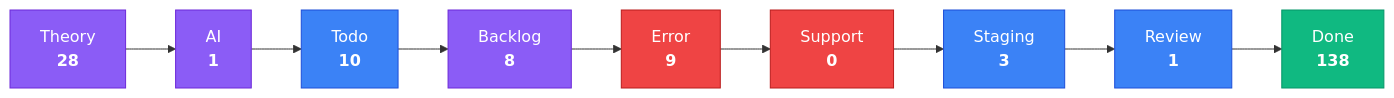
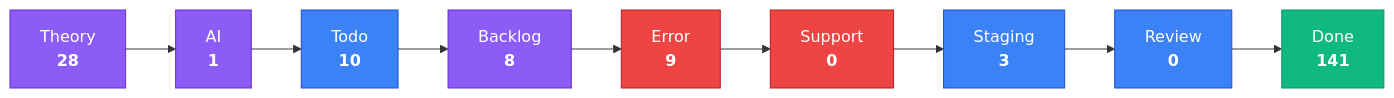
The third of 4 diagrams in apps/kbve/astro-kbve/src/content/docs/dashboard/kanban-data.mdx (KBVE/kbve), drawn with Mermaid before and after one commit. The commit also changed other lines of this file and 7 other files, not shown here.

````diff
--- a/apps/kbve/astro-kbve/src/content/docs/dashboard/kanban-data.mdx
+++ b/apps/kbve/astro-kbve/src/content/docs/dashboard/kanban-data.mdx
@@ -80,28 +79,28 @@
 ```mermaid
 flowchart LR
     classDef planning fill:#8b5cf6,stroke:#6d28d9,color:#fff
     classDef active fill:#3b82f6,stroke:#1d4ed8,color:#fff
     classDef blocked fill:#ef4444,stroke:#b91c1c,color:#fff
     classDef done fill:#10b981,stroke:#059669,color:#fff
     Theory["Theory<br/><strong>28</strong>"]
     Theory --> AI
     AI["AI<br/><strong>1</strong>"]
     AI --> Todo
     Todo["Todo<br/><strong>10</strong>"]
     Todo --> Backlog
     Backlog["Backlog<br/><strong>8</strong>"]
     Backlog --> Error
     Error["Error<br/><strong>9</strong>"]
     Error --> Support
     Support["Support<br/><strong>0</strong>"]
     Support --> Staging
     Staging["Staging<br/><strong>3</strong>"]
     Staging --> Review
-    Review["Review<br/><strong>1</strong>"]
+    Review["Review<br/><strong>0</strong>"]
     Review --> Done
-    Done["Done<br/><strong>138</strong>"]
+    Done["Done<br/><strong>141</strong>"]
     class Theory,AI,Backlog planning
     class Todo,Staging,Review active
     class Error,Support blocked
     class Done done
 ```
````
